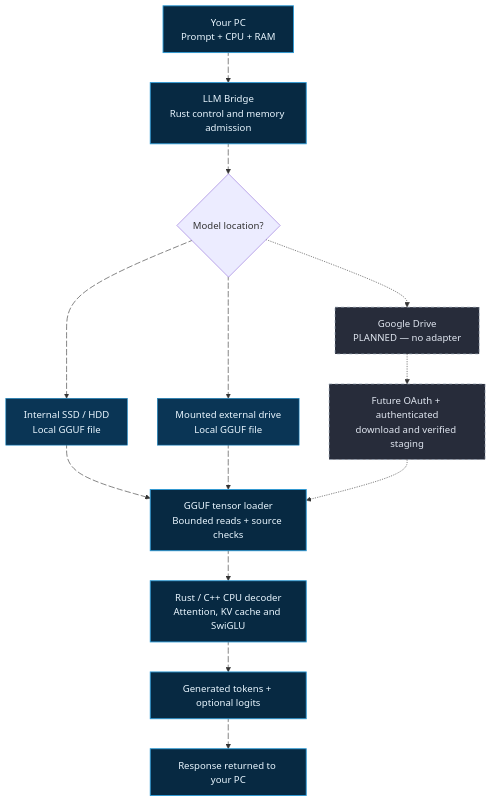
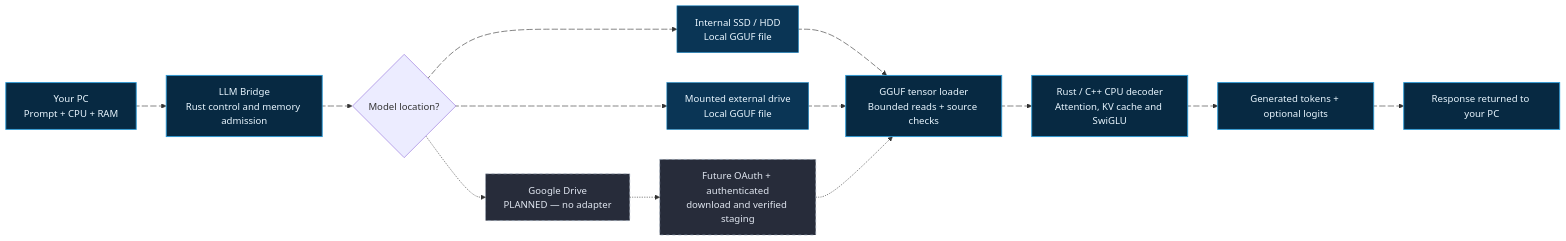
The third of 3 diagrams in README.md (smshagor-dev/LLM-Bridge), drawn with Mermaid before and after one commit. The commit also changed other lines of this file, not shown here.

Commit message:
docs: render all Mermaid architecture and workflow diagrams left-to-right

````diff
--- a/README.md
+++ b/README.md
@@ -111,34 +111,34 @@
 ```mermaid
-flowchart TB
+flowchart LR
     PC["Your PC<br/>Prompt + CPU + RAM"] e1@--> Bridge["LLM Bridge<br/>Rust control and memory admission"]
     Bridge e2@--> Source{"Model location?"}
 
     Source e3@--> SSD["Internal SSD / HDD<br/>Local GGUF file"]
     Source e4@--> External["Mounted external drive<br/>Local GGUF file"]
     Source -.-> Google["Google Drive<br/>PLANNED — no adapter"]
     Google -.-> Stage["Future OAuth + authenticated<br/>download and verified staging"]
 
     SSD e5@--> Loader["GGUF tensor loader<br/>Bounded reads + source checks"]
     External e6@--> Loader
     Stage -.-> Loader
     Loader e7@--> Decoder["Rust / C++ CPU decoder<br/>Attention, KV cache and SwiGLU"]
     Decoder e8@--> Tokens["Generated tokens + optional logits"]
     Tokens e9@--> Reply["Response returned to your PC"]
 
     e1@{ animation: fast }
     e2@{ animation: fast }
     e3@{ animation: slow }
     e4@{ animation: slow }
     e5@{ animation: fast }
     e6@{ animation: fast }
     e7@{ animation: fast }
     e8@{ animation: fast }
     e9@{ animation: fast }
 
     classDef runtime fill:#072942,stroke:#2b9ad6,color:#e9f6ff,stroke-width:1.5px
     classDef drive fill:#0a3555,stroke:#1989c6,color:#e9f6ff
     classDef future fill:#272c3a,stroke:#98a4b6,color:#e0e6f0,stroke-dasharray:5\,5
     class PC,Bridge,Loader,Decoder,Tokens,Reply runtime
     class SSD,External drive
     class Google,Stage future
 ```
````
